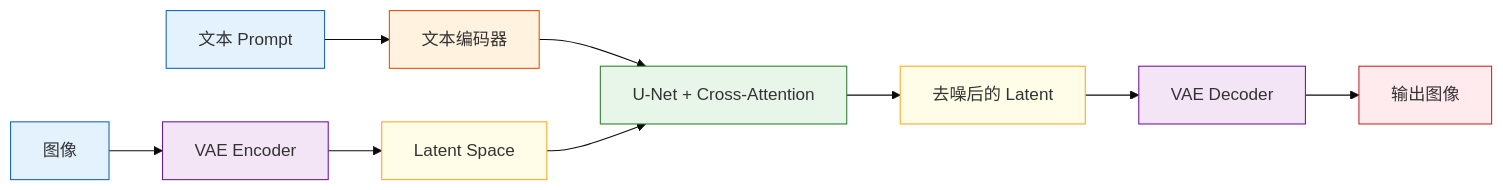
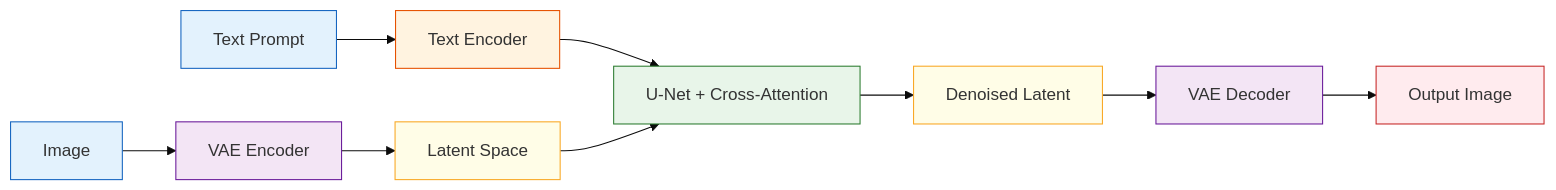
Before and after one commit to oudbiao/AI-fullstack-course: the diagram in docs/ch12-multimodal/ch02-image-gen/02-stable-diffusion.md, drawn with Mermaid (base theme). The commit also changed other lines of this file and 1406 other files, not shown here.

````diff
--- a/docs/ch12-multimodal/ch02-image-gen/02-stable-diffusion.md
+++ b/docs/ch12-multimodal/ch02-image-gen/02-stable-diffusion.md
@@ -71,21 +71,21 @@
 ```mermaid
 flowchart LR
-    A["文本 Prompt"] --> B["文本编码器"]
-    C["图像"] --> D["VAE Encoder"]
+    A["Text Prompt"] --> B["Text Encoder"]
+    C["Image"] --> D["VAE Encoder"]
     D --> E["Latent Space"]
     B --> F["U-Net + Cross-Attention"]
     E --> F
-    F --> G["去噪后的 Latent"]
+    F --> G["Denoised Latent"]
     G --> H["VAE Decoder"]
-    H --> I["输出图像"]
+    H --> I["Output Image"]
 
     style A fill:#e3f2fd,stroke:#1565c0,color:#333
     style B fill:#fff3e0,stroke:#e65100,color:#333
     style C fill:#e3f2fd,stroke:#1565c0,color:#333
     style D fill:#f3e5f5,stroke:#6a1b9a,color:#333
     style E fill:#fffde7,stroke:#f9a825,color:#333
     style F fill:#e8f5e9,stroke:#2e7d32,color:#333
     style G fill:#fffde7,stroke:#f9a825,color:#333
     style H fill:#f3e5f5,stroke:#6a1b9a,color:#333
     style I fill:#ffebee,stroke:#c62828,color:#333
 ```
````
